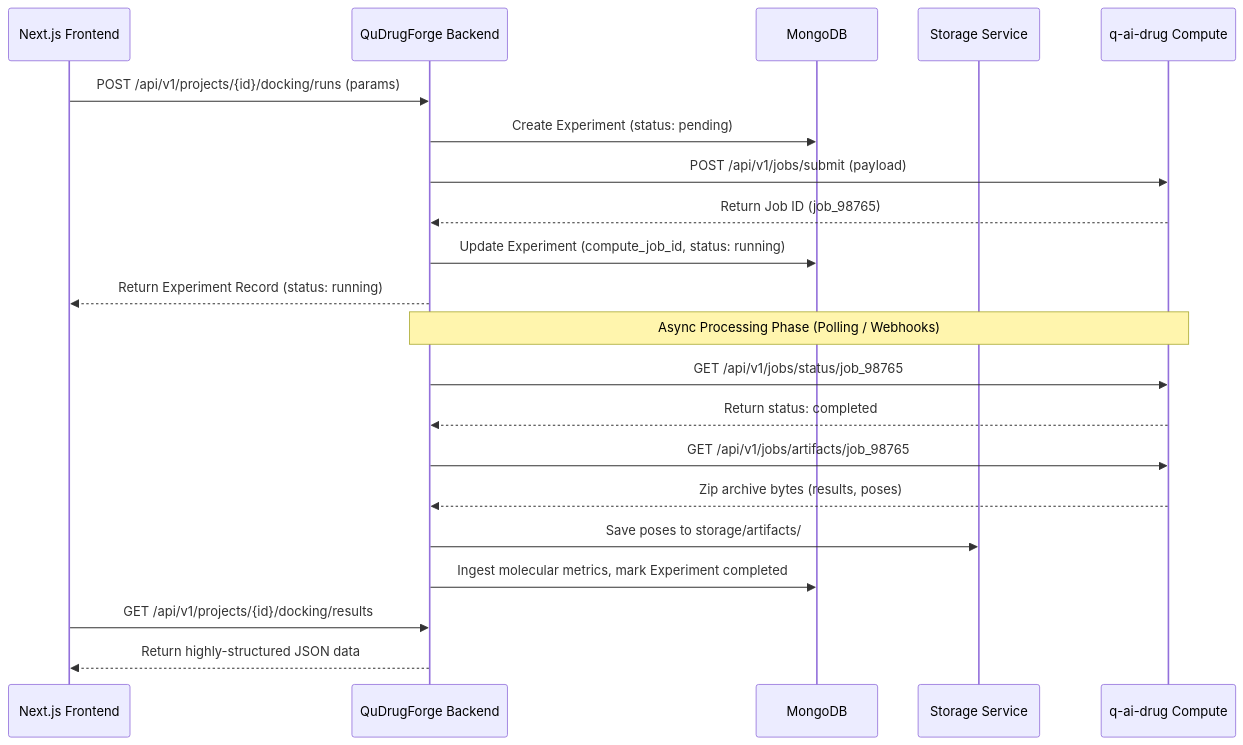
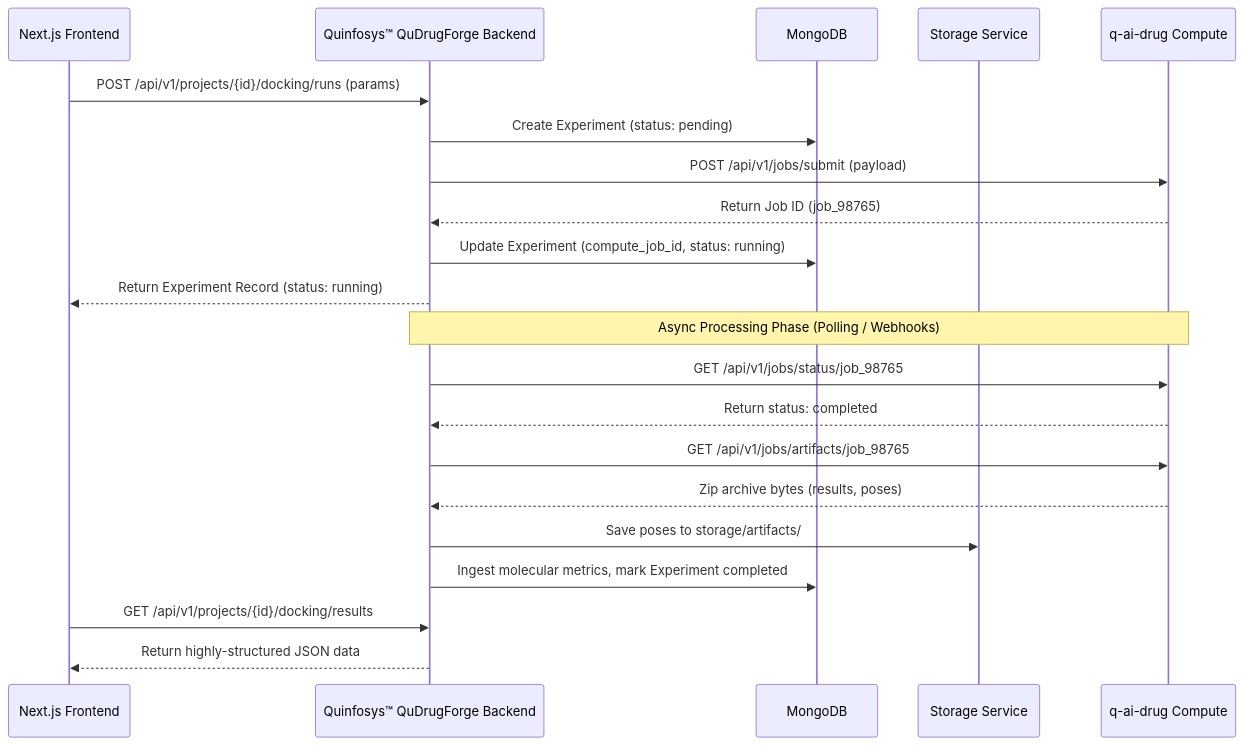
Before and after one commit to Stakeylock/q-ai-drug-new: the diagram in backend-mnl/qudrugforge-backend/docs/q_ai_drug_integration_plan.md, drawn with Mermaid. The commit also changed 33 other files, not shown here.

````diff
--- a/backend-mnl/qudrugforge-backend/docs/q_ai_drug_integration_plan.md
+++ b/backend-mnl/qudrugforge-backend/docs/q_ai_drug_integration_plan.md
@@ -14,26 +14,26 @@
 ```mermaid
 sequenceDiagram
     participant FE as Next.js Frontend
-    participant BE as QuDrugForge Backend
+    participant BE as Quinfosys™ QuDrugForge Backend
     participant DB as MongoDB
     participant ST as Storage Service
     participant CE as q-ai-drug Compute
     
     FE->>BE: POST /api/v1/projects/{id}/docking/runs (params)
     BE->>DB: Create Experiment (status: pending)
     BE->>CE: POST /api/v1/jobs/submit (payload)
     CE-->>BE: Return Job ID (job_98765)
     BE->>DB: Update Experiment (compute_job_id, status: running)
     BE-->>FE: Return Experiment Record (status: running)
     
     Note over BE,CE: Async Processing Phase (Polling / Webhooks)
     BE->>CE: GET /api/v1/jobs/status/job_98765
     CE-->>BE: Return status: completed
     
     BE->>CE: GET /api/v1/jobs/artifacts/job_98765
     CE-->>BE: Zip archive bytes (results, poses)
     BE->>ST: Save poses to storage/artifacts/
     BE->>DB: Ingest molecular metrics, mark Experiment completed
     FE->>BE: GET /api/v1/projects/{id}/docking/results
     BE-->>FE: Return highly-structured JSON data
 ```
````
